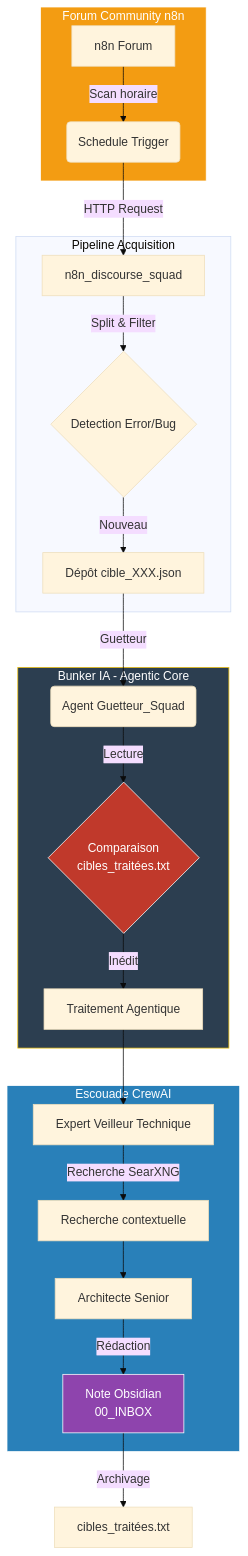
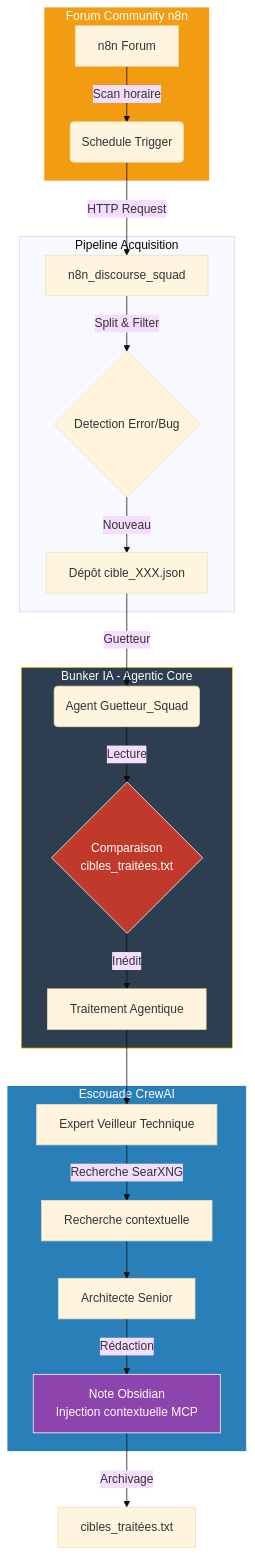
The first of 2 diagrams in README.md (ORIORIS-FR/ORIORIS-Blueprints), drawn with Mermaid (base theme) before and after one commit. The commit also changed other lines of this file, not shown here.

````diff
--- a/README.md
+++ b/README.md
@@ -17,37 +17,37 @@
 ```mermaid
 graph TD
     %% --- Flux de Veille ---
     subgraph Forum [Forum Community n8n]
         A[n8n Forum] -->|Scan horaire| B(Schedule Trigger)
     end
 
     subgraph Acquisition [Pipeline Acquisition]
         B -->|HTTP Request| C[n8n_discourse_squad]
         C -->|Split & Filter| D{Detection Error/Bug}
         D -->|Nouveau| E[Dépôt cible_XXX.json]
     end
 
     %% --- Flux d'Intelligence ---
     subgraph Bunker [Bunker IA - Agentic Core]
         E -->|Guetteur| F(Agent Guetteur_Squad)
         F -->|Lecture| G{Comparaison<br>cibles_traitées.txt}
         G -->|Inédit| H[Traitement Agentique]
     end
 
     subgraph Squad [Escouade CrewAI]
         H --> I[Expert Veilleur Technique]
         I -->|Recherche SearXNG| J[Recherche contextuelle]
         J --> K[Architecte Senior]
-        K -->|Rédaction| L[Note Obsidian<br>00_INBOX]
+        K -->|Rédaction| L[Note Obsidian<br>Injection contextuelle MCP]
     end
 
     %% --- Rangement ---
     L -->|Archivage| M[cibles_traitées.txt]
 
     %% --- Styles ---
     style Forum fill:#f39c12,stroke:#fff,color:#fff
     style Bunker fill:#2c3e50,stroke:#f1c40f,color:#fff
     style Squad fill:#2980b9,stroke:#fff,color:#fff
     style L fill:#8e44ad,stroke:#fff,color:#fff
     style G fill:#c0392b,stroke:#fff,color:#fff
 ```
````
